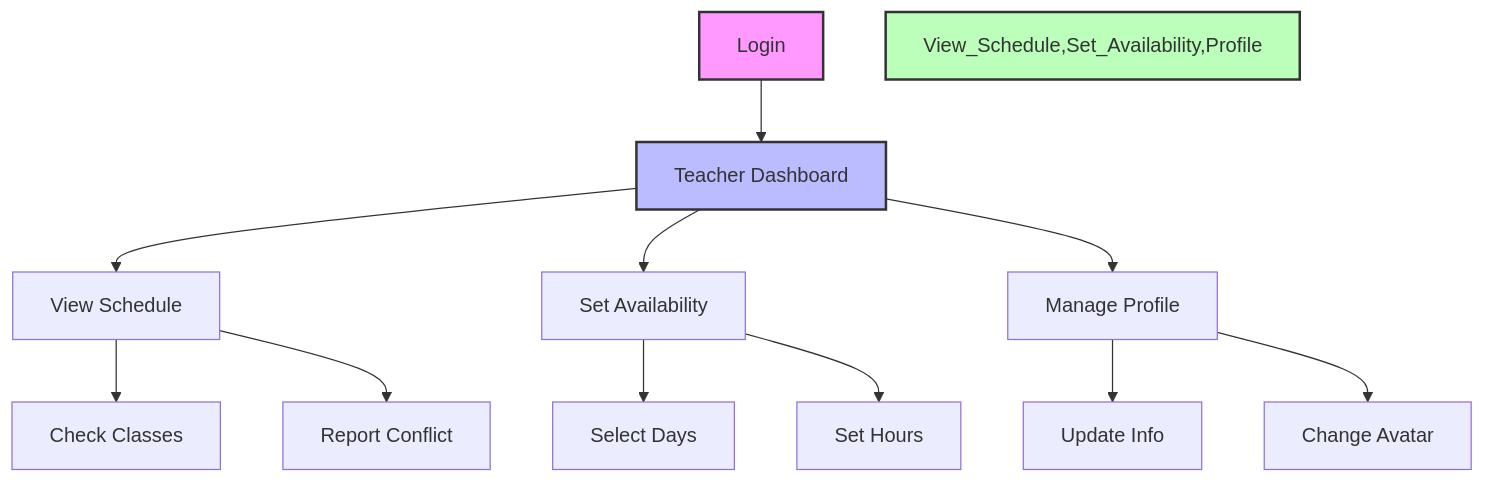
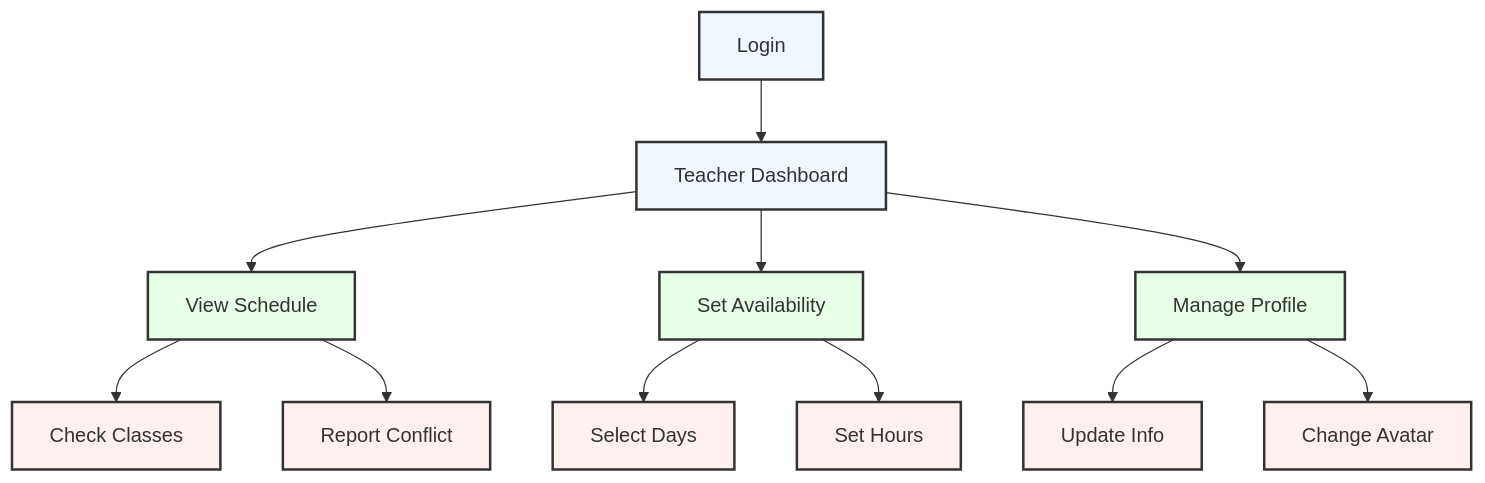
Before and after one commit to kafle1/timetablepro: the second of 11 diagrams in docs/USER_GUIDE.md, drawn with Mermaid. The commit also changed other lines of this file and 1 other file, not shown here.

Commit message:
docs: update diagram colors with consistent high-contrast scheme

````diff
--- a/docs/USER_GUIDE.md
+++ b/docs/USER_GUIDE.md
@@ -342,20 +347,25 @@
 ```mermaid
 graph TD
     Login[Login] --> Dashboard[Teacher Dashboard]
     Dashboard --> View_Schedule[View Schedule]
     Dashboard --> Set_Availability[Set Availability]
     Dashboard --> Profile[Manage Profile]
     
     View_Schedule --> Check_Classes[Check Classes]
     View_Schedule --> Report_Conflict[Report Conflict]
     
     Set_Availability --> Select_Days[Select Days]
     Set_Availability --> Set_Hours[Set Hours]
     
     Profile --> Update_Info[Update Info]
     Profile --> Change_Avatar[Change Avatar]
     
-    style Login fill:#f9f,stroke:#333,stroke-width:2px
-    style Dashboard fill:#bbf,stroke:#333,stroke-width:2px
-    style View_Schedule,Set_Availability,Profile fill:#bfb,stroke:#333,stroke-width:2px
+    classDef default fill:#f0f7ff,stroke:#333,stroke-width:2px
+    classDef primary fill:#e6ffe6,stroke:#333,stroke-width:2px
+    classDef secondary fill:#ffe6e6,stroke:#333,stroke-width:2px
+    classDef action fill:#fff0f0,stroke:#333,stroke-width:2px
+    
+    class Login,Dashboard default
+    class View_Schedule,Set_Availability,Profile primary
+    class Check_Classes,Report_Conflict,Select_Days,Set_Hours,Update_Info,Change_Avatar action
 ```
````
